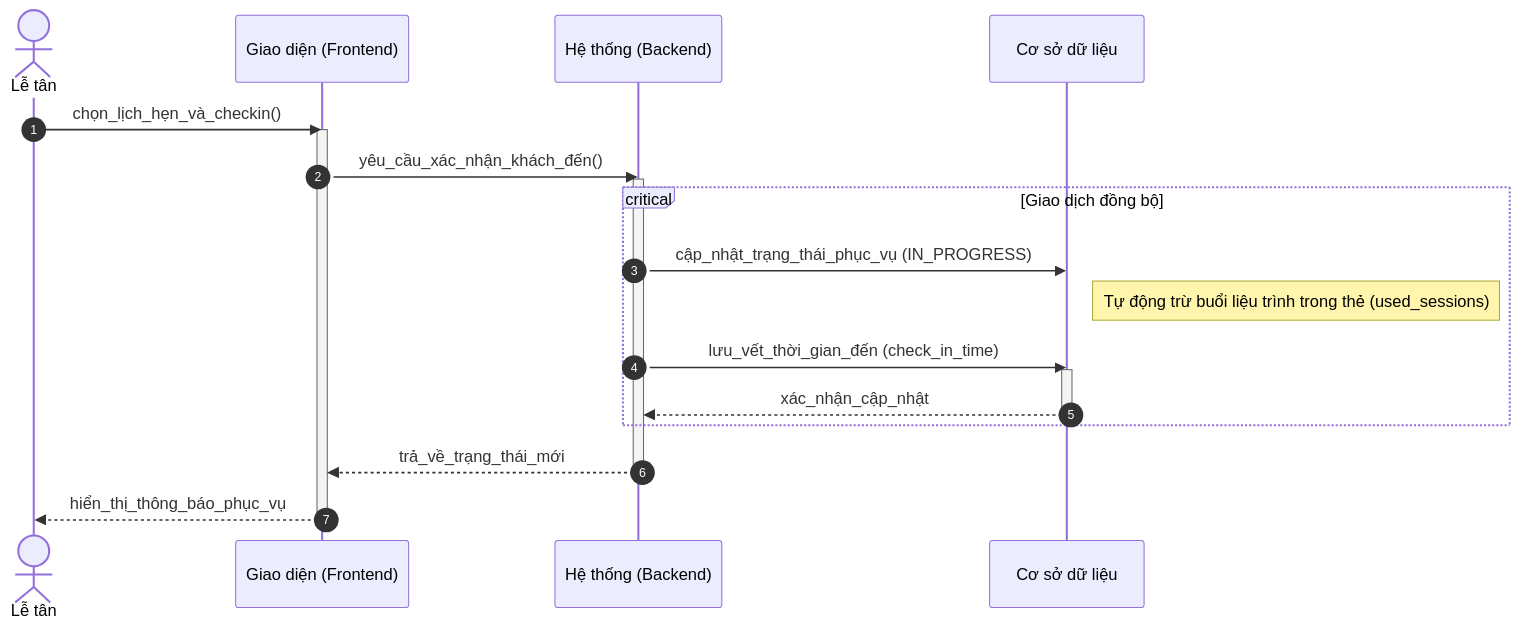
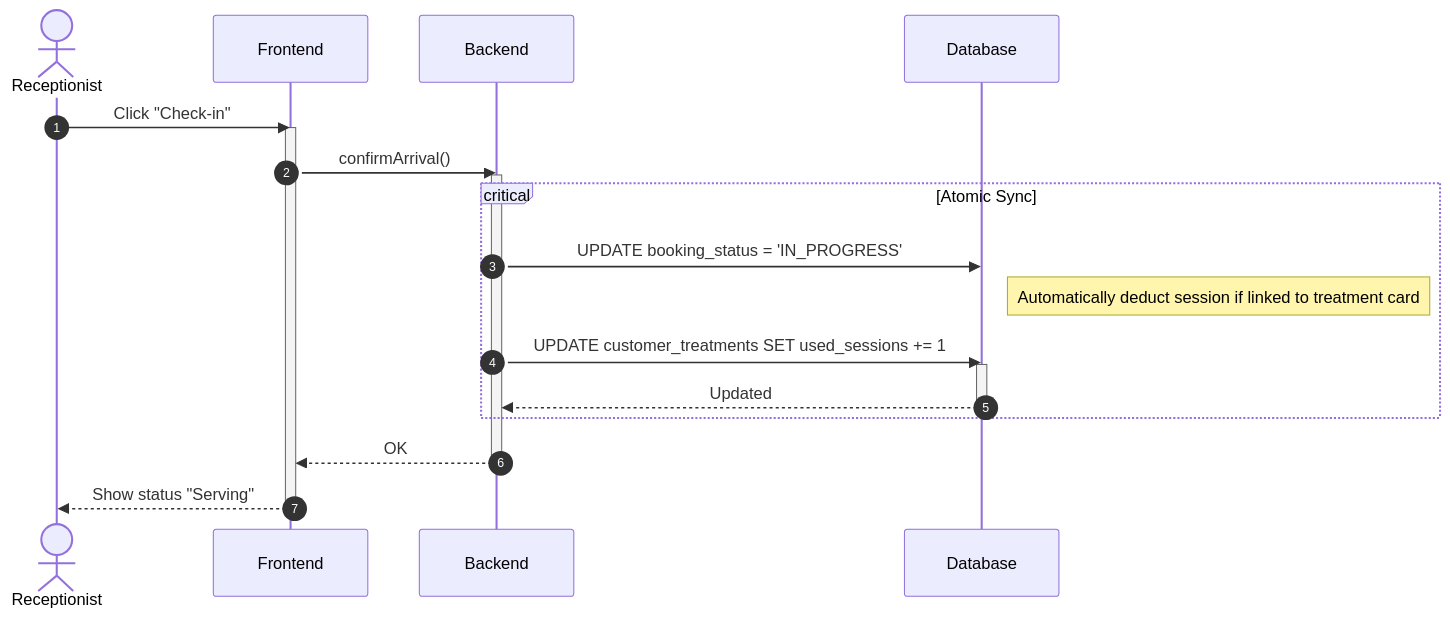
One commit to ngoctinn/Synapse changed the third of 6 diagrams in docs/design/sequences_simplified/receptionist_flows.md. Above: the diagram before and after it, drawn with Mermaid. The commit also changed other lines of this file and 4 other files, not shown here.

Commit message:
feat: add simplified sequence diagrams for authentication and core user flows.

````diff
--- a/docs/design/sequences_simplified/receptionist_flows.md
+++ b/docs/design/sequences_simplified/receptionist_flows.md
@@ -9,27 +79,27 @@
 ```mermaid
 sequenceDiagram
     autonumber
-    actor LT as Lễ tân
-    participant FE as Giao diện (Frontend)
-    participant BE as Hệ thống (Backend)
-    participant DB as Cơ sở dữ liệu
+    actor LT as Receptionist
+    participant FE as Frontend
+    participant BE as Backend
+    participant DB as Database
 
-    LT->>FE: chọn_lịch_hẹn_và_checkin()
+    LT->>FE: Click "Check-in"
     activate FE
-    FE->>BE: yêu_cầu_xác_nhận_khách_đến()
+    FE->>BE: confirmArrival()
     activate BE
 
-    critical Giao dịch đồng bộ
-        BE->>DB: cập_nhật_trạng_thái_phục_vụ (IN_PROGRESS)
-        Note right of DB: Tự động trừ buổi liệu trình trong thẻ (used_sessions)
-        BE->>DB: lưu_vết_thời_gian_đến (check_in_time)
+    critical Atomic Sync
+        BE->>DB: UPDATE booking_status = 'IN_PROGRESS'
+        Note right of DB: Automatically deduct session if linked to treatment card
+        BE->>DB: UPDATE customer_treatments SET used_sessions += 1
         activate DB
-        DB-->>BE: xác_nhận_cập_nhật
+        DB-->>BE: Updated
         deactivate DB
     end
 
-    BE-->>FE: trả_về_trạng_thái_mới
+    BE-->>FE: OK
     deactivate BE
-    FE-->>LT: hiển_thị_thông_báo_phục_vụ
+    FE-->>LT: Show status "Serving"
     deactivate FE
 ```
````
